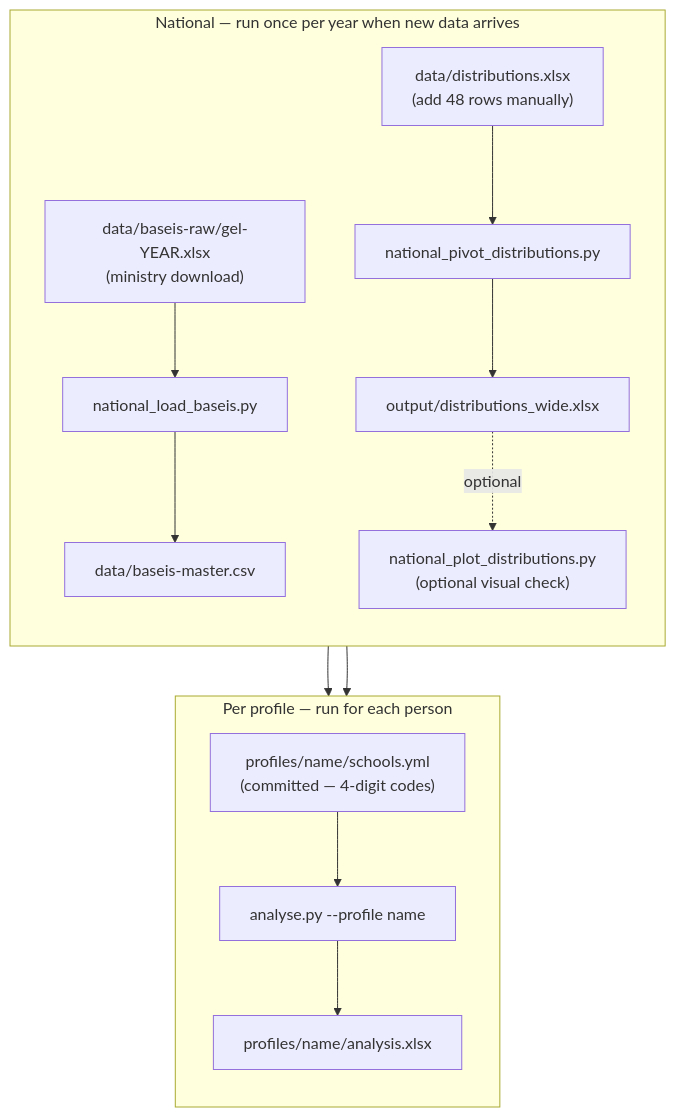
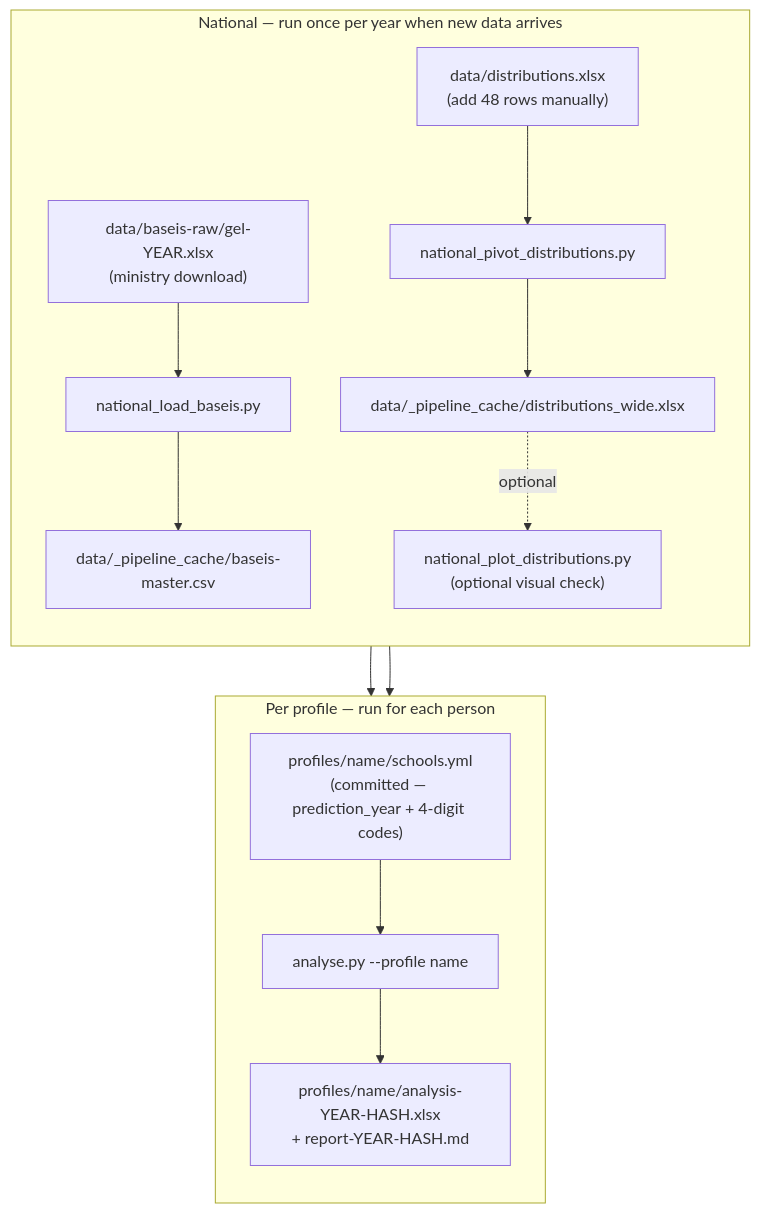
One commit to npapnet/dear_niece changed the diagram in quickstart.md. Above: the diagram before and after it, drawn with Mermaid. The commit also changed other lines of this file and 17 other files, not shown here.

````diff
--- a/quickstart.md
+++ b/quickstart.md
@@ -11,27 +11,27 @@
 ```mermaid
 flowchart TD
     subgraph nat["National — run once per year when new data arrives"]
         direction TB
         GEL["data/baseis-raw/gel-YEAR.xlsx\n(ministry download)"]
         DISTXL["data/distributions.xlsx\n(add 48 rows manually)"]
         LB["national_load_baseis.py"]
         PD["national_pivot_distributions.py"]
         PP["national_plot_distributions.py\n(optional visual check)"]
-        MASTER["data/baseis-master.csv"]
-        WIDE["output/distributions_wide.xlsx"]
+        MASTER["data/_pipeline_cache/baseis-master.csv"]
+        WIDE["data/_pipeline_cache/distributions_wide.xlsx"]
         GEL --> LB --> MASTER
         DISTXL --> PD --> WIDE
         WIDE -.->|optional| PP
     end
 
     subgraph prof["Per profile — run for each person"]
         direction TB
-        YML["profiles/name/schools.yml\n(committed — 4-digit codes)"]
+        YML["profiles/name/schools.yml\n(committed — prediction_year + 4-digit codes)"]
         AN["analyse.py --profile name"]
-        OUT["profiles/name/analysis.xlsx"]
+        OUT["profiles/name/analysis-YEAR-HASH.xlsx\n+ report-YEAR-HASH.md"]
         YML --> AN --> OUT
     end
 
     MASTER --> AN
     WIDE --> AN
 ```
````
